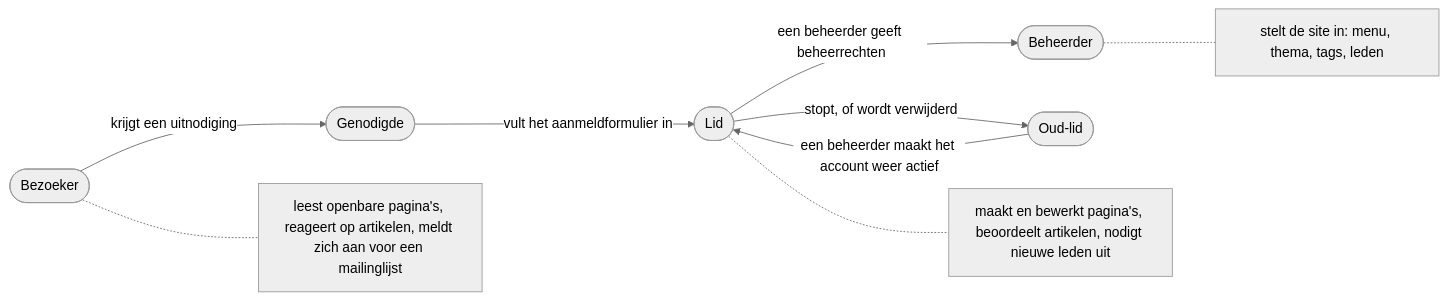
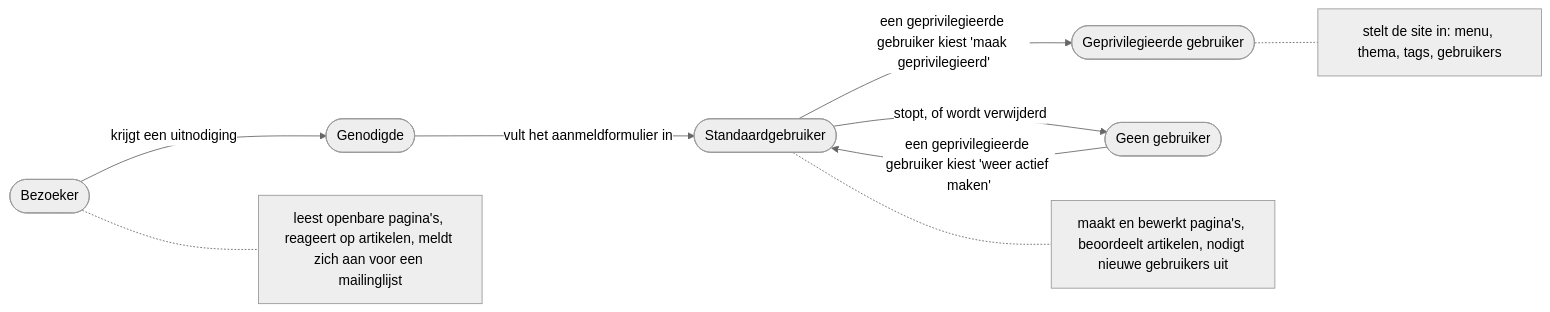
One commit to guidol-ive/hypha changed the diagram in docs/handleiding/gebruik/01-wat-is-hypha.md. Above: the diagram before and after it, drawn with Mermaid (neutral theme). The commit also changed other lines of this file and 29 other files, not shown here.

````diff
--- a/docs/handleiding/gebruik/01-wat-is-hypha.md
+++ b/docs/handleiding/gebruik/01-wat-is-hypha.md
@@ -16,11 +16,11 @@
 ```mermaid
 flowchart LR
     bezoeker([Bezoeker]) -->|krijgt een uitnodiging| genodigde([Genodigde])
-    genodigde -->|vult het aanmeldformulier in| lid([Lid])
-    lid -->|een beheerder geeft beheerrechten| beheerder([Beheerder])
-    lid -->|stopt, of wordt verwijderd| oudlid([Oud-lid])
-    oudlid -->|een beheerder maakt het account weer actief| lid
+    genodigde -->|vult het aanmeldformulier in| standaard([Standaardgebruiker])
+    standaard -->|een geprivilegieerde gebruiker kiest 'maak geprivilegieerd'| geprivilegieerd([Geprivilegieerde gebruiker])
+    standaard -->|stopt, of wordt verwijderd| geen([Geen gebruiker])
+    geen -->|een geprivilegieerde gebruiker kiest 'weer actief maken'| standaard
     bezoeker -.- b1[leest openbare pagina's, reageert op artikelen, meldt zich aan voor een mailinglijst]
-    lid -.- l1[maakt en bewerkt pagina's, beoordeelt artikelen, nodigt nieuwe leden uit]
-    beheerder -.- a1[stelt de site in: menu, thema, tags, leden]
+    standaard -.- l1[maakt en bewerkt pagina's, beoordeelt artikelen, nodigt nieuwe gebruikers uit]
+    geprivilegieerd -.- a1[stelt de site in: menu, thema, tags, gebruikers]
 ```
````
